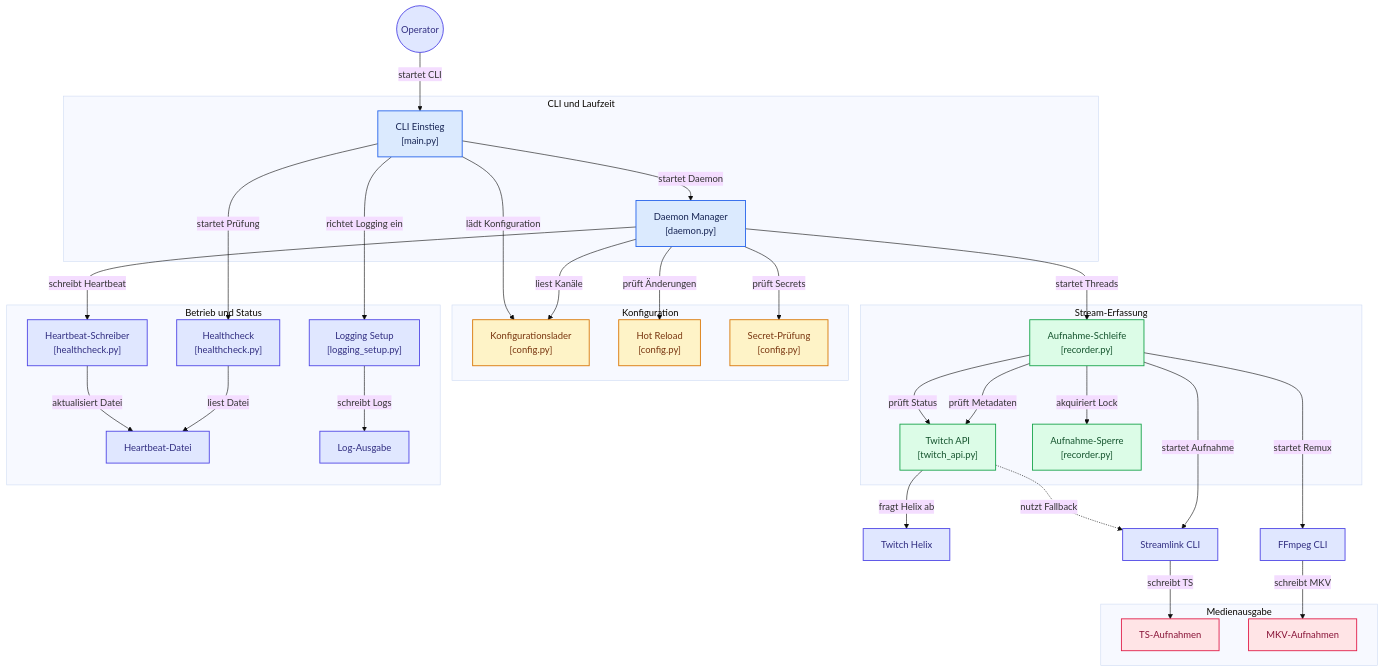
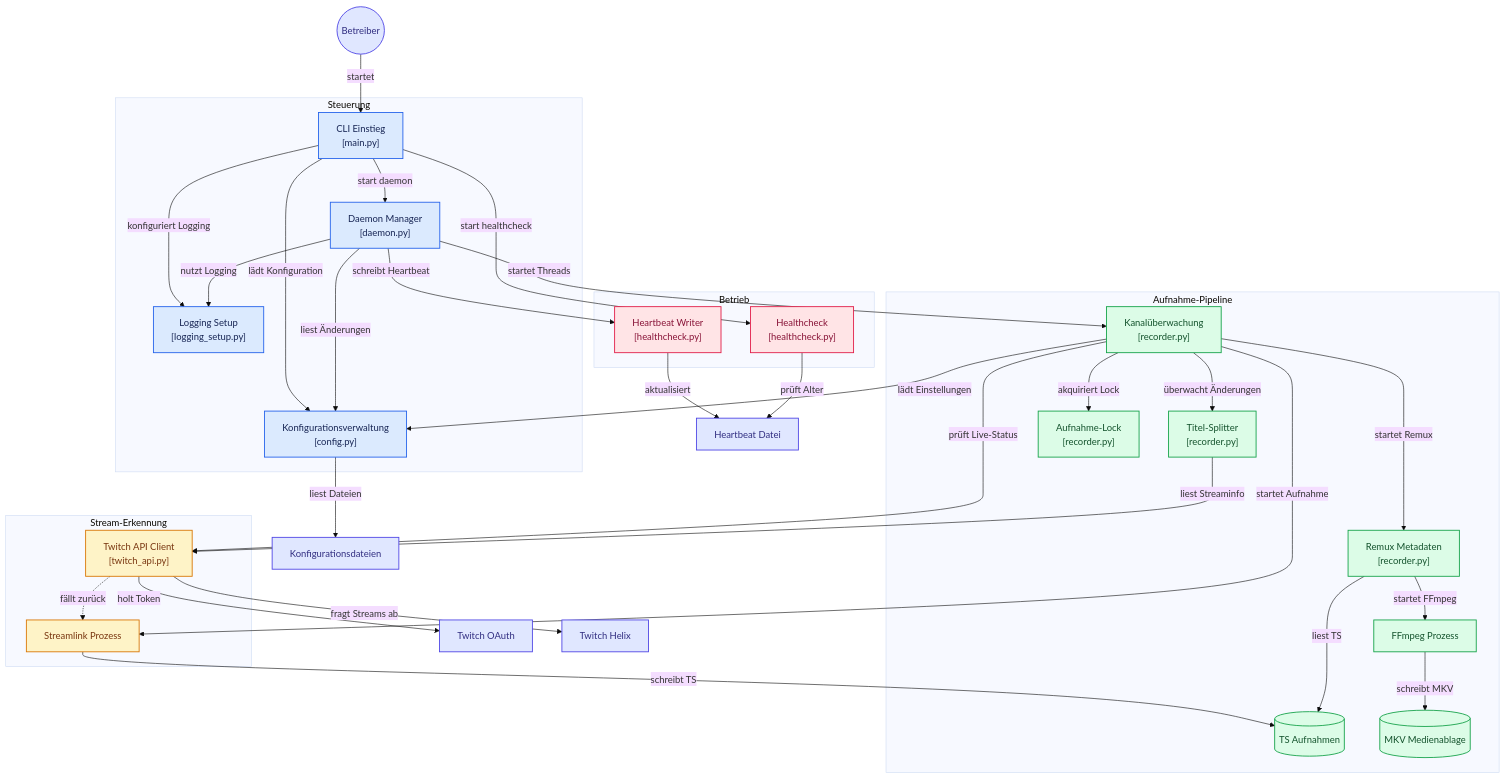
Before and after one commit to chaos7x/tw-recorder: the diagram in ARCHITECTURE.md, drawn with Mermaid (base theme).

Commit message:
Update ARCHITECTURE.md (#73)
Update meremaid

````diff
--- a/ARCHITECTURE.md
+++ b/ARCHITECTURE.md
@@ -7,75 +7,77 @@
 ```mermaid
 flowchart TD
 
-subgraph group_cli_runtime["CLI und Laufzeit"]
-  node_main_cli["CLI Einstieg<br/>[main.py]"]
-  node_daemon_manager["Daemon Manager<br/>[daemon.py]"]
+subgraph group_control["Steuerung"]
+  node_cli["CLI Einstieg<br/>[main.py]"]
+  node_daemon["Daemon Manager<br/>[daemon.py]"]
+  node_config["Konfigurationsverwaltung<br/>[config.py]"]
+  node_logging["Logging Setup<br/>[logging_setup.py]"]
 end
 
-subgraph group_configuration["Konfiguration"]
-  node_config_loader["Konfigurationslader<br/>[config.py]"]
-  node_config_reload["Hot Reload<br/>[config.py]"]
-  node_secret_check["Secret-Prüfung<br/>[config.py]"]
+subgraph group_discovery["Stream-Erkennung"]
+  node_streamlink["Streamlink Prozess"]
+  node_twitch_api["Twitch API Client<br/>[twitch_api.py]"]
 end
 
-subgraph group_acquisition["Stream-Erfassung"]
-  node_recording_loop["Aufnahme-Schleife<br/>[recorder.py]"]
-  node_twitch_api["Twitch API<br/>[twitch_api.py]"]
-  node_record_lock["Aufnahme-Sperre<br/>[recorder.py]"]
+subgraph group_recording["Aufnahme-Pipeline"]
+  node_monitor["Kanalüberwachung<br/>[recorder.py]"]
+  node_split_logic["Titel-Splitter<br/>[recorder.py]"]
+  node_lock["Aufnahme-Lock<br/>[recorder.py]"]
+  node_raw_store[("TS Aufnahmen")]
+  node_remux["Remux Metadaten<br/>[recorder.py]"]
+  node_final_store[("MKV Medienablage")]
+  node_ffmpeg["FFmpeg Prozess"]
 end
 
-subgraph group_media_output["Medienausgabe"]
-  node_ts_files["TS-Aufnahmen"]
-  node_mkv_files["MKV-Aufnahmen"]
+subgraph group_operations["Betrieb"]
+  node_heartbeat_writer["Heartbeat Writer<br/>[healthcheck.py]"]
+  node_healthcheck["Healthcheck<br/>[healthcheck.py]"]
 end
 
-subgraph group_observability["Betrieb und Status"]
-  node_heartbeat_writer["Heartbeat-Schreiber<br/>[healthcheck.py]"]
-  node_healthcheck["Healthcheck<br/>[healthcheck.py]"]
-  node_heartbeat_file["Heartbeat-Datei"]
-  node_logging_setup["Logging Setup<br/>[logging_setup.py]"]
-  node_log_output["Log-Ausgabe"]
-end
+node_operator(("Betreiber"))
+node_config_files["Konfigurationsdateien"]
+node_oauth_service["Twitch OAuth"]
+node_helix_service["Twitch Helix"]
+node_heartbeat_file["Heartbeat Datei"]
 
-node_operator(("Operator"))
-node_twitch_service["Twitch Helix"]
-node_streamlink_cli["Streamlink CLI"]
-node_ffmpeg_cli["FFmpeg CLI"]
+node_operator -->|"startet"| node_cli
+node_cli -->|"start daemon"| node_daemon
+node_cli -->|"start healthcheck"| node_healthcheck
+node_cli -->|"lädt Konfiguration"| node_config
+node_cli -->|"konfiguriert Logging"| node_logging
+node_config -->|"liest Dateien"| node_config_files
+node_daemon -->|"liest Änderungen"| node_config
+node_daemon -->|"nutzt Logging"| node_logging
+node_daemon -->|"startet Threads"| node_monitor
+node_daemon -->|"schreibt Heartbeat"| node_heartbeat_writer
+node_monitor -->|"lädt Einstellungen"| node_config
+node_monitor -->|"prüft Live-Status"| node_twitch_api
+node_twitch_api -->|"holt Token"| node_oauth_service
+node_twitch_api -->|"fragt Streams ab"| node_helix_service
+node_twitch_api -.->|"fällt zurück"| node_streamlink
+node_monitor -->|"startet Aufnahme"| node_streamlink
+node_monitor -->|"akquiriert Lock"| node_lock
+node_streamlink -->|"schreibt TS"| node_raw_store
+node_monitor -->|"überwacht Änderungen"| node_split_logic
+node_split_logic -->|"liest Streaminfo"| node_twitch_api
+node_monitor -->|"startet Remux"| node_remux
+node_remux -->|"liest TS"| node_raw_store
+node_remux -->|"startet FFmpeg"| node_ffmpeg
+node_ffmpeg -->|"schreibt MKV"| node_final_store
+node_heartbeat_writer -->|"aktualisiert"| node_heartbeat_file
+node_healthcheck -->|"prüft Alter"| node_heartbeat_file
 
-node_operator -->|"startet CLI"| node_main_cli
-node_main_cli -->|"startet Prüfung"| node_healthcheck
-node_main_cli -->|"lädt Konfiguration"| node_config_loader
-node_main_cli -->|"richtet Logging ein"| node_logging_setup
-node_main_cli -->|"startet Daemon"| node_daemon_manager
-node_daemon_manager -->|"liest Kanäle"| node_config_loader
-node_daemon_manager -->|"prüft Änderungen"| node_config_reload
-node_daemon_manager -->|"prüft Secrets"| node_secret_check
-node_daemon_manager -->|"startet Threads"| node_recording_loop
-node_recording_loop -->|"prüft Status"| node_twitch_api
-node_twitch_api -->|"fragt Helix ab"| node_twitch_service
-node_twitch_api -.->|"nutzt Fallback"| node_streamlink_cli
-node_recording_loop -->|"akquiriert Lock"| node_record_lock
-node_recording_loop -->|"startet Aufnahme"| node_streamlink_cli
-node_streamlink_cli -->|"schreibt TS"| node_ts_files
-node_recording_loop -->|"prüft Metadaten"| node_twitch_api
-node_recording_loop -->|"startet Remux"| node_ffmpeg_cli
-node_ffmpeg_cli -->|"schreibt MKV"| node_mkv_files
-node_daemon_manager -->|"schreibt Heartbeat"| node_heartbeat_writer
-node_heartbeat_writer -->|"aktualisiert Datei"| node_heartbeat_file
-node_healthcheck -->|"liest Datei"| node_heartbeat_file
-node_logging_setup -->|"schreibt Logs"| node_log_output
-
-click node_main_cli "https://github.com/chaos7x/tw-recorder/blob/main/src/tw_recorder/main.py"
-click node_daemon_manager "https://github.com/chaos7x/tw-recorder/blob/main/src/tw_recorder/daemon.py"
-click node_recording_loop "https://github.com/chaos7x/tw-recorder/blob/main/src/tw_recorder/recorder.py"
-click node_config_loader "https://github.com/chaos7x/tw-recorder/blob/main/src/tw_recorder/config.py"
-click node_config_reload "https://github.com/chaos7x/tw-recorder/blob/main/src/tw_recorder/config.py"
-click node_secret_check "https://github.com/chaos7x/tw-recorder/blob/main/src/tw_recorder/config.py"
+click node_cli "https://github.com/chaos7x/tw-recorder/blob/main/src/tw_recorder/main.py"
+click node_daemon "https://github.com/chaos7x/tw-recorder/blob/main/src/tw_recorder/daemon.py"
+click node_config "https://github.com/chaos7x/tw-recorder/blob/main/src/tw_recorder/config.py"
+click node_logging "https://github.com/chaos7x/tw-recorder/blob/main/src/tw_recorder/logging_setup.py"
+click node_monitor "https://github.com/chaos7x/tw-recorder/blob/main/src/tw_recorder/recorder.py"
+click node_split_logic "https://github.com/chaos7x/tw-recorder/blob/main/src/tw_recorder/recorder.py"
+click node_lock "https://github.com/chaos7x/tw-recorder/blob/main/src/tw_recorder/recorder.py"
+click node_remux "https://github.com/chaos7x/tw-recorder/blob/main/src/tw_recorder/recorder.py"
 click node_twitch_api "https://github.com/chaos7x/tw-recorder/blob/main/src/tw_recorder/twitch_api.py"
-click node_record_lock "https://github.com/chaos7x/tw-recorder/blob/main/src/tw_recorder/recorder.py"
 click node_heartbeat_writer "https://github.com/chaos7x/tw-recorder/blob/main/src/tw_recorder/healthcheck.py"
 click node_healthcheck "https://github.com/chaos7x/tw-recorder/blob/main/src/tw_recorder/healthcheck.py"
-click node_logging_setup "https://github.com/chaos7x/tw-recorder/blob/main/src/tw_recorder/logging_setup.py"
 
 classDef toneNeutral fill:#f8fafc,stroke:#334155,stroke-width:1.5px,color:#0f172a
 classDef toneBlue fill:#dbeafe,stroke:#2563eb,stroke-width:1.5px,color:#172554
@@ -84,9 +86,9 @@
 classDef toneRose fill:#ffe4e6,stroke:#e11d48,stroke-width:1.5px,color:#881337
 classDef toneIndigo fill:#e0e7ff,stroke:#4f46e5,stroke-width:1.5px,color:#312e81
 classDef toneTeal fill:#ccfbf1,stroke:#0f766e,stroke-width:1.5px,color:#134e4a
-class node_main_cli,node_daemon_manager toneBlue
-class node_config_loader,node_config_reload,node_secret_check toneAmber
-class node_recording_loop,node_twitch_api,node_record_lock toneMint
-class node_ts_files,node_mkv_files toneRose
-class node_heartbeat_writer,node_healthcheck,node_heartbeat_file,node_logging_setup,node_log_output,node_operator,node_twitch_service,node_streamlink_cli,node_ffmpeg_cli toneIndigo
+class node_cli,node_daemon,node_config,node_logging toneBlue
+class node_streamlink,node_twitch_api toneAmber
+class node_monitor,node_split_logic,node_lock,node_raw_store,node_remux,node_final_store,node_ffmpeg toneMint
+class node_heartbeat_writer,node_healthcheck toneRose
+class node_operator,node_config_files,node_oauth_service,node_helix_service,node_heartbeat_file toneIndigo
 ```
````
